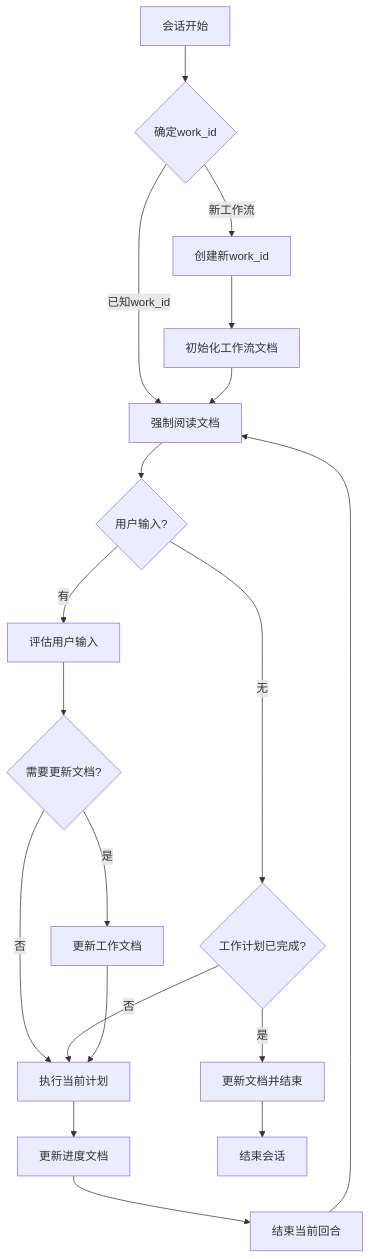
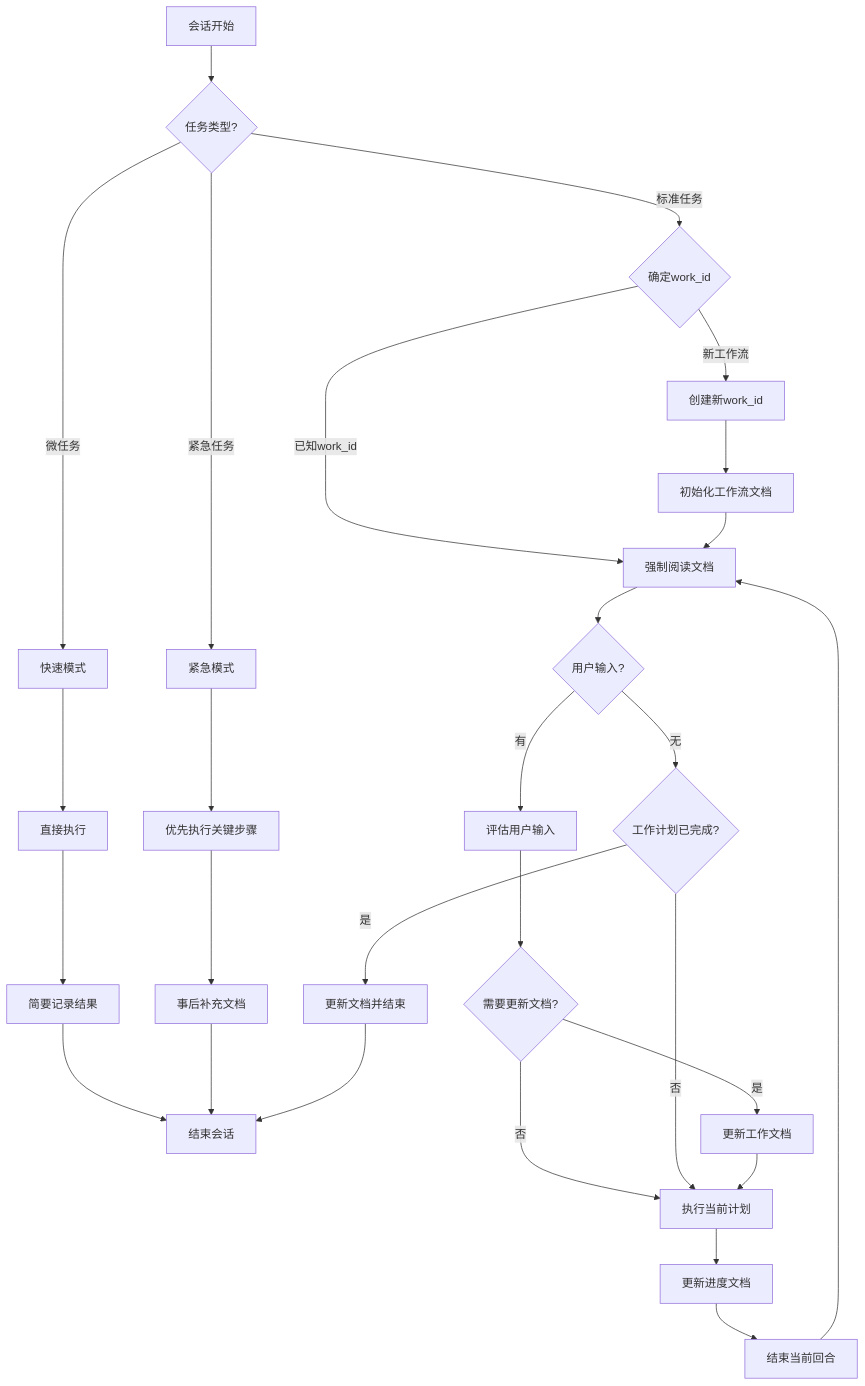
Before and after one commit to wanjochan/self-evolve-ai: the diagram in docs/workflow.md, drawn with Mermaid. The commit also changed other lines of this file and 1 other file, not shown here.

````diff
--- a/docs/workflow.md
+++ b/docs/workflow.md
@@ -7,26 +7,38 @@
 ```mermaid
 flowchart TD
-    Start[会话开始] --> CheckWorkId{确定work_id}
+    Start[会话开始] --> TaskType{任务类型?}
+    TaskType -->|标准任务| CheckWorkId{确定work_id}
+    TaskType -->|微任务| QuickMode[快速模式]
+    TaskType -->|紧急任务| UrgentMode[紧急模式]
+    
+    QuickMode --> SimpleExecute[直接执行]
+    SimpleExecute --> QuickLog[简要记录结果]
+    QuickLog --> End[结束会话]
+    
+    UrgentMode --> UrgentExecute[优先执行关键步骤]
+    UrgentExecute --> PostActionDoc[事后补充文档]
+    PostActionDoc --> End
+    
     CheckWorkId --> |已知work_id| ReadDocs[强制阅读文档]
     CheckWorkId --> |新工作流| CreateWorkId[创建新work_id]
     CreateWorkId --> InitDocs[初始化工作流文档]
     InitDocs --> ReadDocs
     
     ReadDocs --> CheckInput{用户输入?}
     
     CheckInput -->|有| EvaluateInput[评估用户输入]
     EvaluateInput --> UpdateNeeded{需要更新文档?}
     UpdateNeeded -->|是| UpdateDocs[更新工作文档]
     UpdateNeeded -->|否| ExecutePlan[执行当前计划]
     
     CheckInput -->|无| CheckCompletion{工作计划已完成?}
     CheckCompletion -->|是| FinalUpdate[更新文档并结束]
     CheckCompletion -->|否| ExecutePlan[执行当前计划]
     
     UpdateDocs --> ExecutePlan
     ExecutePlan --> UpdateProgress[更新进度文档]
     UpdateProgress --> NextCycle[结束当前回合]
     NextCycle --> ReadDocs
     
-    FinalUpdate --> End[结束会话]
+    FinalUpdate --> End
 ```
````
